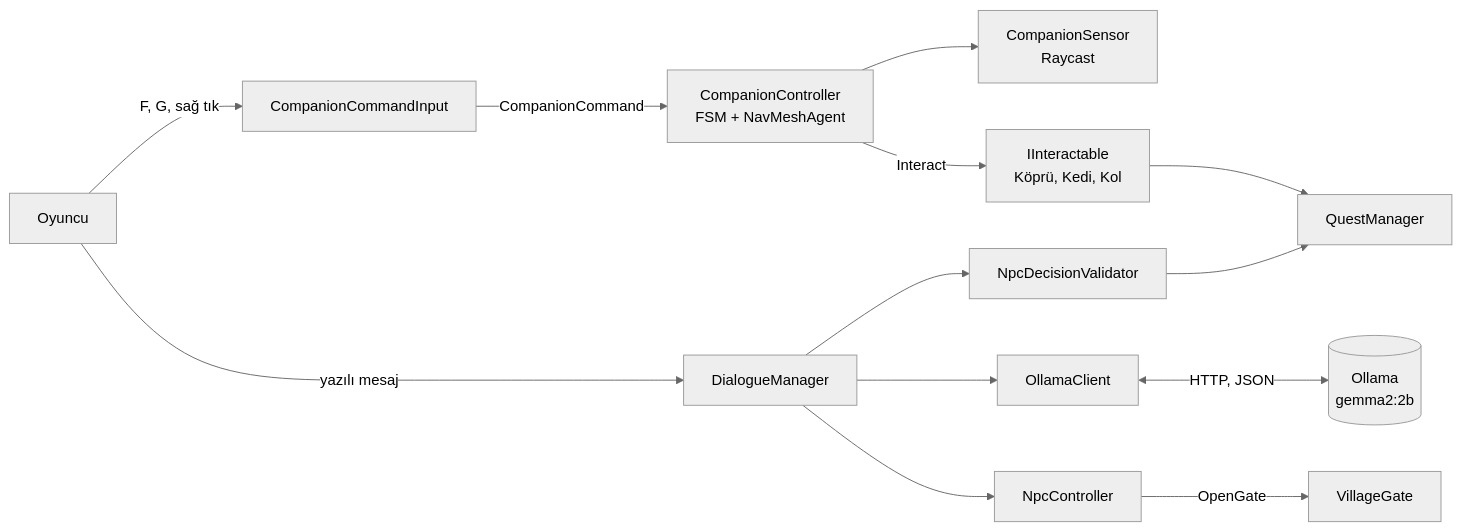
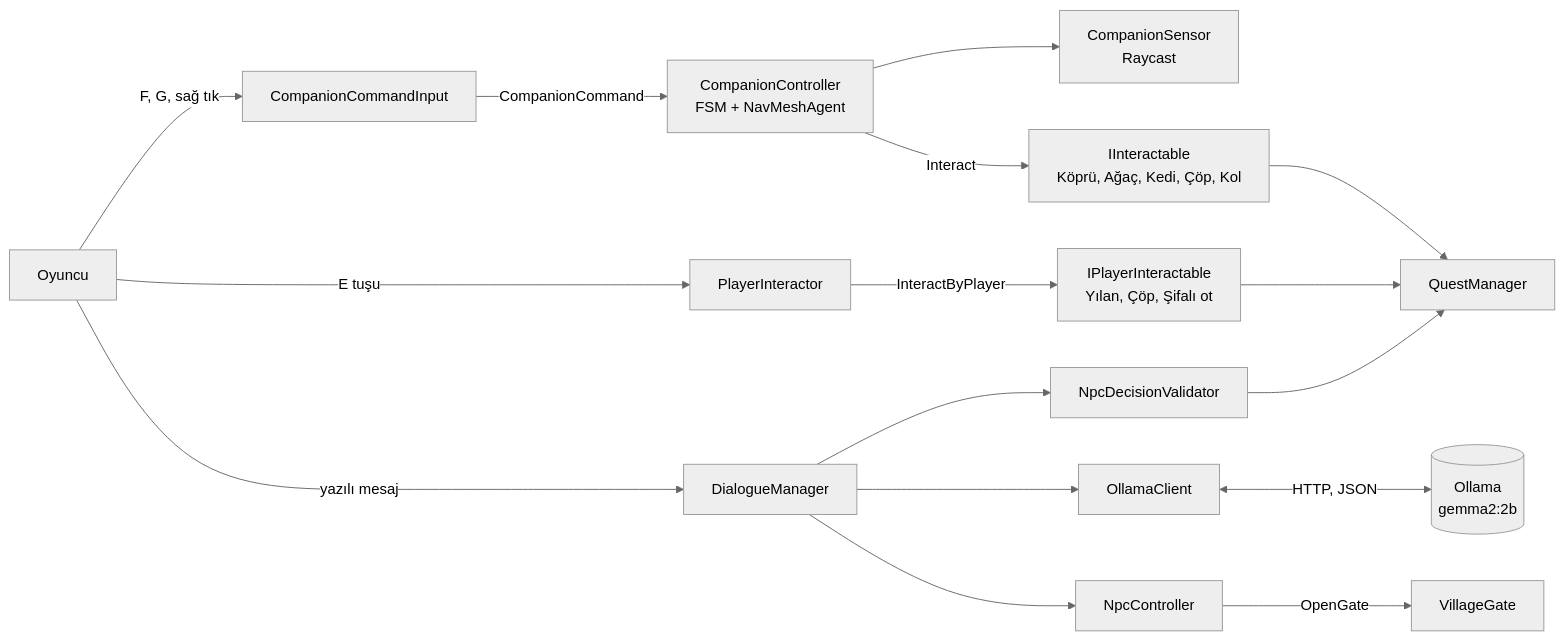
Before and after one commit to arihatice92-lab/Kucuk-Otaci: the first of 2 diagrams in README.md, drawn with Mermaid (neutral theme). The commit also changed other lines of this file and 1 other file, not shown here.

````diff
--- a/README.md
+++ b/README.md
@@ -18,16 +18,19 @@
 ```mermaid
 flowchart LR
     P[Oyuncu] -->|F, G, sağ tık| CI[CompanionCommandInput]
     CI -->|CompanionCommand| CC[CompanionController<br/>FSM + NavMeshAgent]
     CC --> CS[CompanionSensor<br/>Raycast]
-    CC -->|Interact| IO[IInteractable<br/>Köprü, Kedi, Kol]
+    CC -->|Interact| IO[IInteractable<br/>Köprü, Ağaç, Kedi, Çöp, Kol]
+    P -->|E tuşu| PI[PlayerInteractor]
+    PI -->|InteractByPlayer| PO[IPlayerInteractable<br/>Yılan, Çöp, Şifalı ot]
     IO --> QM[QuestManager]
+    PO --> QM
 
     P -->|yazılı mesaj| DM[DialogueManager]
     DM --> OC[OllamaClient]
     OC <-->|HTTP, JSON| OL[(Ollama<br/>gemma2:2b)]
     DM --> V[NpcDecisionValidator]
     V --> QM
     DM --> NC[NpcController]
     NC -->|OpenGate| VG[VillageGate]
 ```
````
